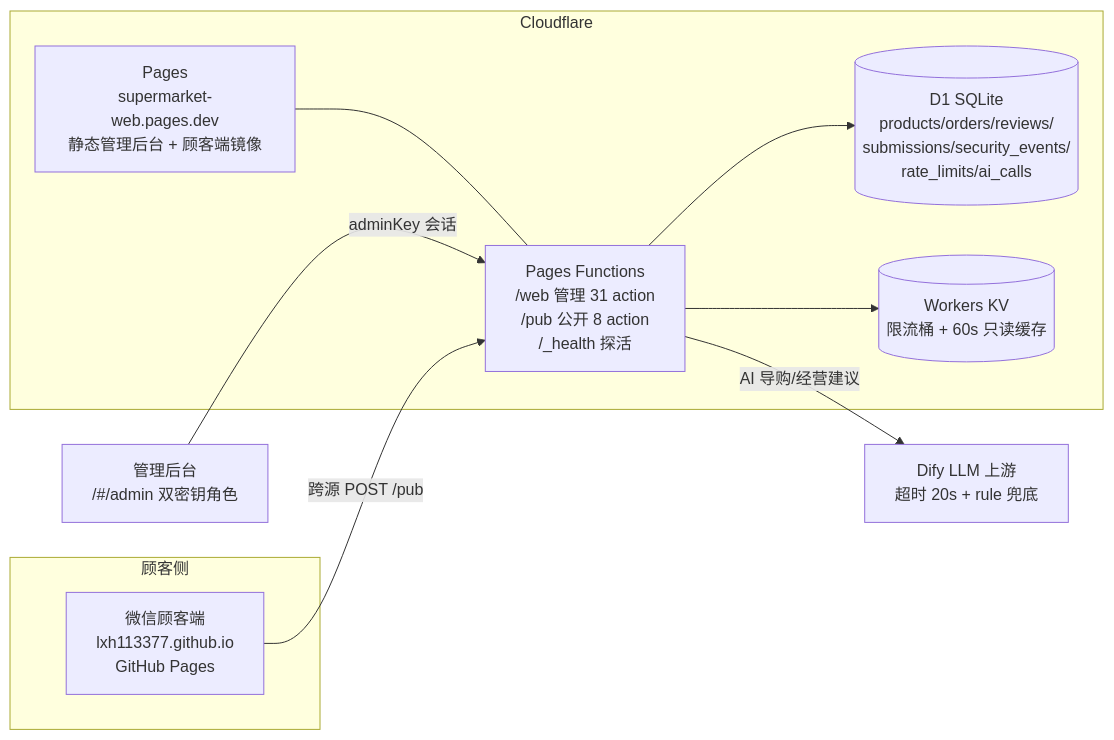
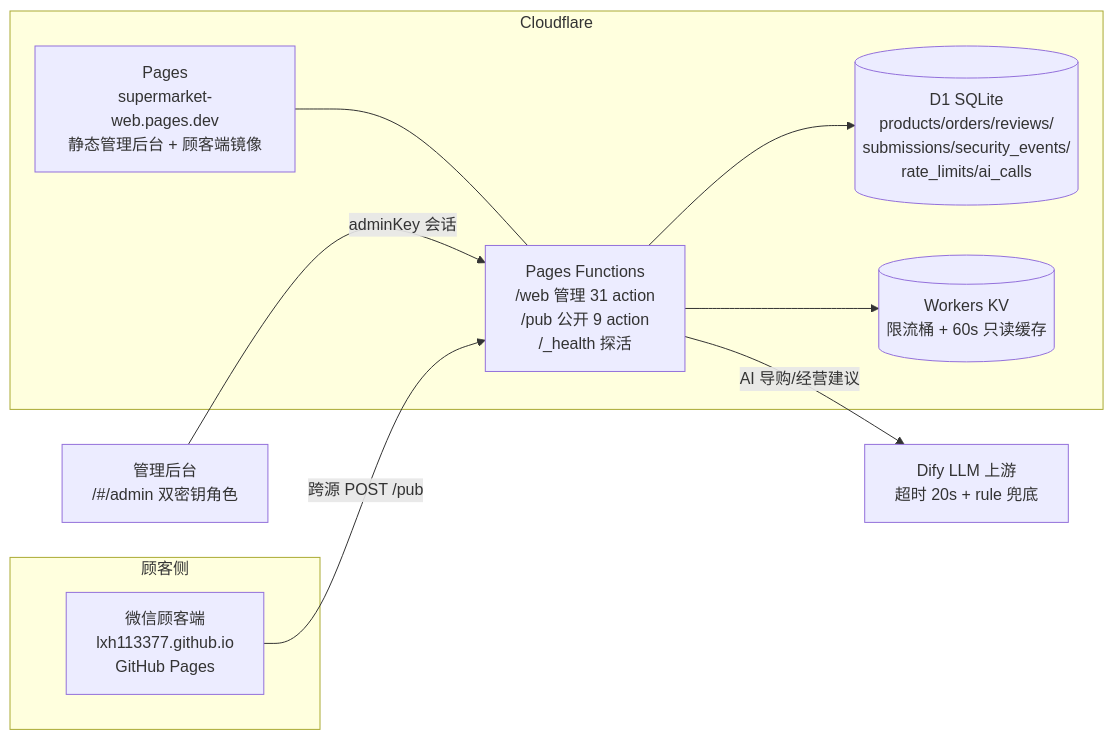
Before and after one commit to lxh113377/supermarket-web: the diagram in docs/ARCHITECTURE.md, drawn with Mermaid. The commit also changed 85 other files, not shown here.

First line of the commit message:
feat(gates): 第五十一轮——把尺换到 blob 那一侧，并让"下架项缺图"第一次能红

````diff
--- a/docs/ARCHITECTURE.md
+++ b/docs/ARCHITECTURE.md
@@ -9,18 +9,18 @@
 ```mermaid
 flowchart LR
   subgraph 顾客侧
     C1[微信顾客端<br/>lxh113377.github.io<br/>GitHub Pages]
   end
   subgraph Cloudflare
     P[Pages<br/>supermarket-web.pages.dev<br/>静态管理后台 + 顾客端镜像]
-    F[Pages Functions<br/>/web 管理 31 action<br/>/pub 公开 8 action<br/>/_health 探活]
+    F[Pages Functions<br/>/web 管理 31 action<br/>/pub 公开 9 action<br/>/_health 探活]
     D[(D1 SQLite<br/>products/orders/reviews/<br/>submissions/security_events/<br/>rate_limits/ai_calls)]
     KV[(Workers KV<br/>限流桶 + 60s 只读缓存)]
   end
   A[管理后台<br/>/#/admin 双密钥角色] -->|adminKey 会话| F
   C1 -->|跨源 POST /pub| F
   P --- F
   F --> D
   F --> KV
   F -->|AI 导购/经营建议| dify[Dify LLM 上游<br/>超时 20s + rule 兜底]
 ```
````
